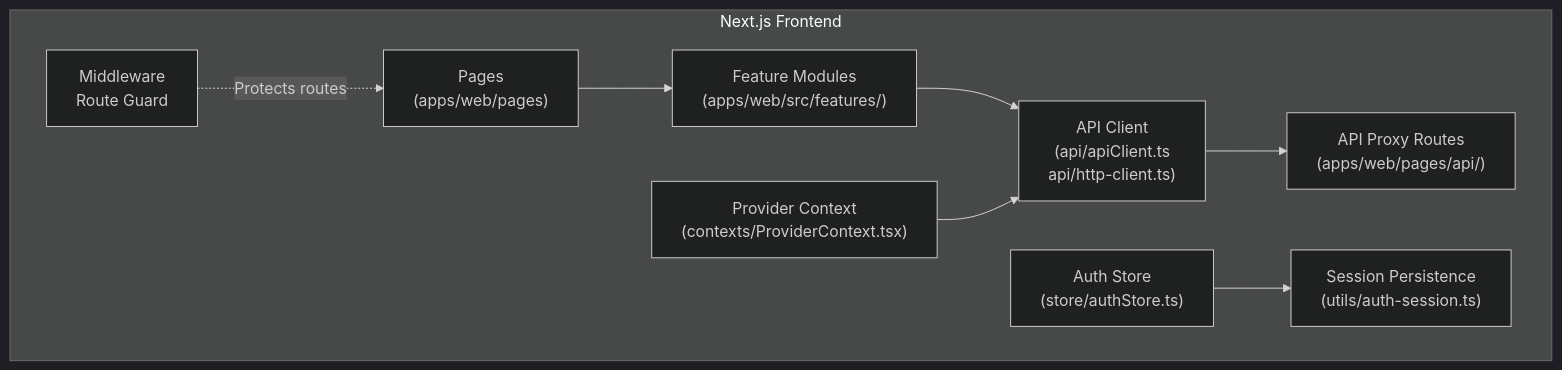
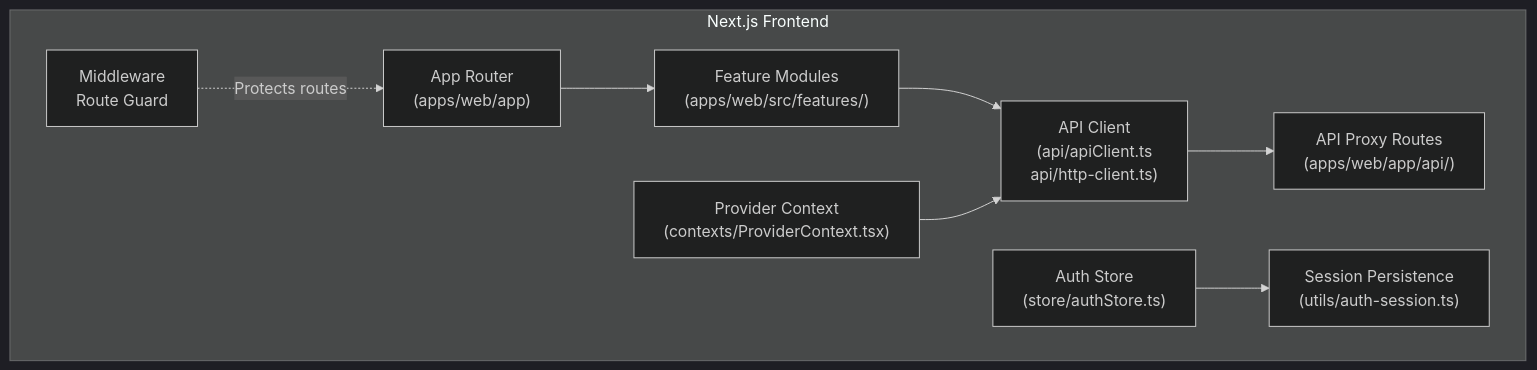
Before and after one commit to fuaadabdullah/goblin-assistant: the second of 10 diagrams in docs/architecture/GOBLIN_ASSISTANT_DIAGRAM.md, drawn with Mermaid (dark theme). The commit also changed other lines of this file and 19 other files, not shown here.

````diff
--- a/docs/architecture/GOBLIN_ASSISTANT_DIAGRAM.md
+++ b/docs/architecture/GOBLIN_ASSISTANT_DIAGRAM.md
@@ -45,20 +45,20 @@
 ```mermaid
 graph TB
   subgraph "Next.js Frontend"
-    PAGES["Pages<br/>(apps/web/pages)"]
+    APP["App Router<br/>(apps/web/app)"]
     FEATURES["Feature Modules<br/>(apps/web/src/features/)"]
-    API_PROXY["API Proxy Routes<br/>(apps/web/pages/api/)"]
+    API_PROXY["API Proxy Routes<br/>(apps/web/app/api/)"]
     MIDDLEWARE["Middleware<br/>Route Guard"]
     AUTH_STORE["Auth Store<br/>(store/authStore.ts)"]
     SESSION["Session Persistence<br/>(utils/auth-session.ts)"]
     PROVIDER_CTX["Provider Context<br/>(contexts/ProviderContext.tsx)"]
     API_CLIENT["API Client<br/>(api/apiClient.ts<br/>api/http-client.ts)"]
   end
 
-  PAGES --> FEATURES
+  APP --> FEATURES
   FEATURES --> API_CLIENT
   API_CLIENT --> API_PROXY
-  MIDDLEWARE -.->|"Protects routes"| PAGES
+  MIDDLEWARE -.->|"Protects routes"| APP
   AUTH_STORE --> SESSION
   PROVIDER_CTX --> API_CLIENT
 ```
````
